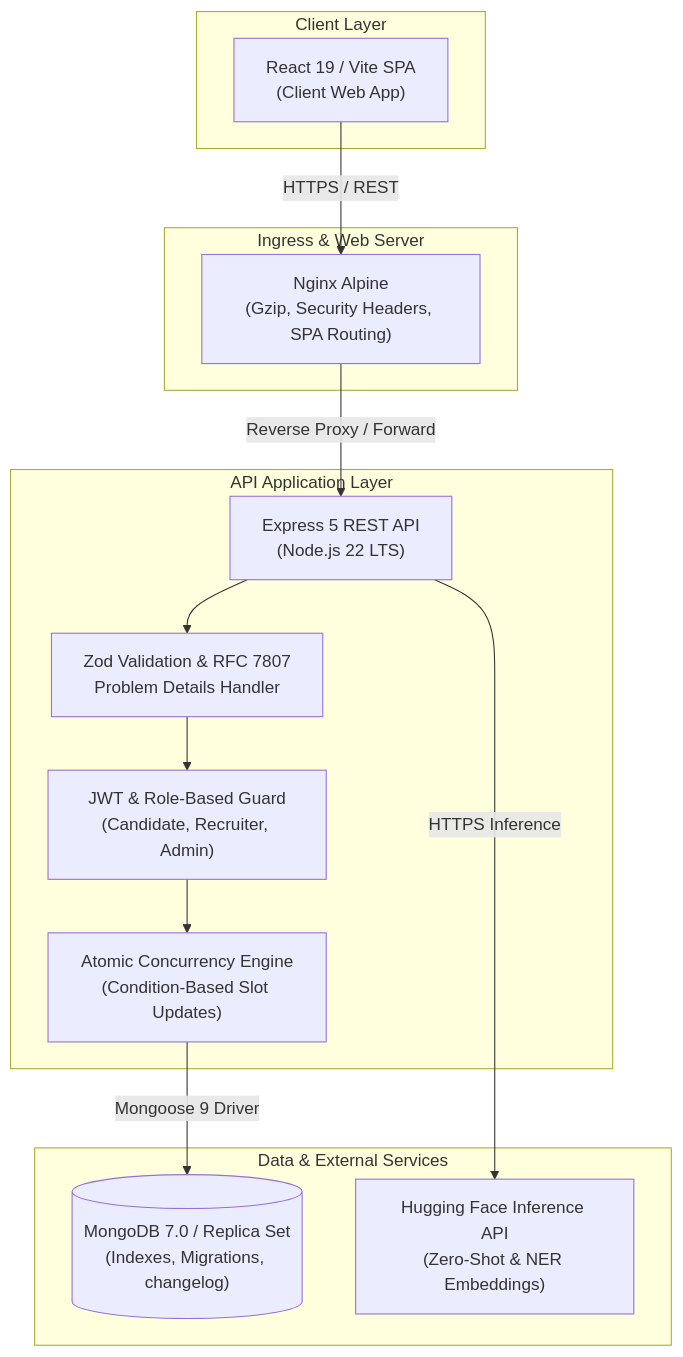
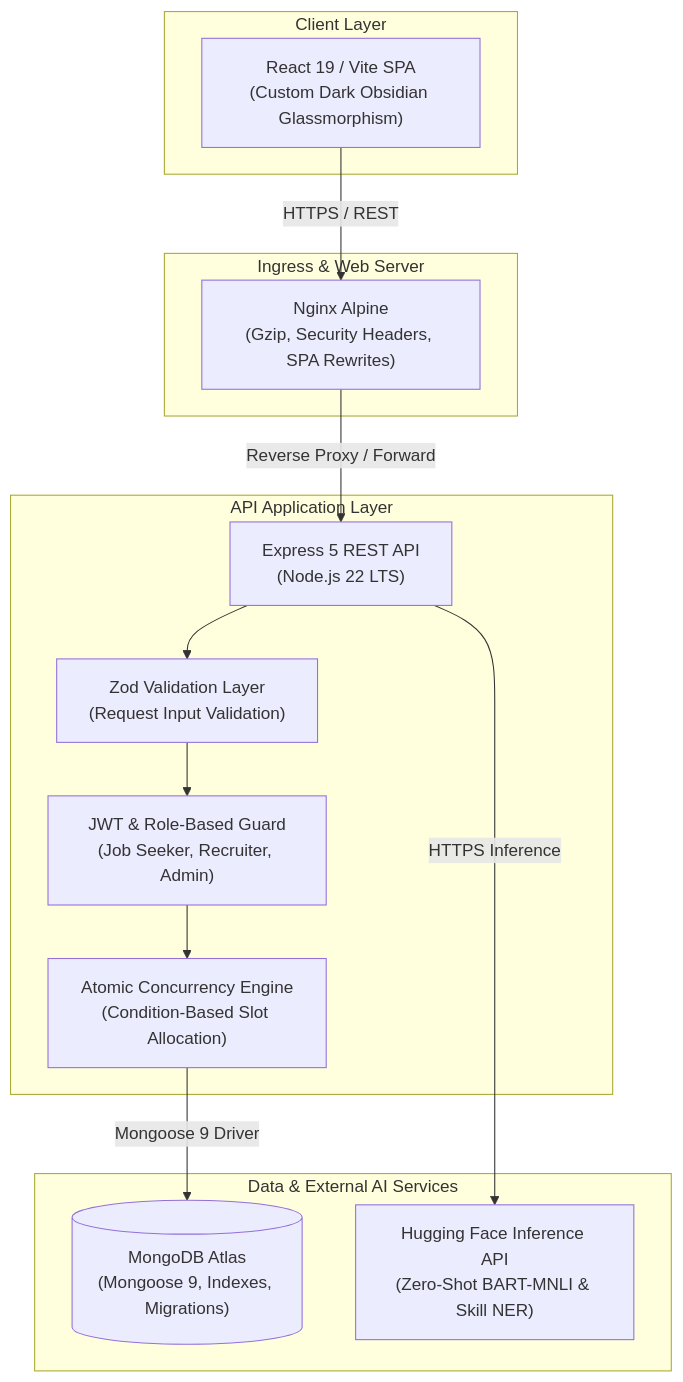
One commit to ziad7000/nexus changed the diagram in README.md. Above: the diagram before and after it, drawn with Mermaid. The commit also changed other lines of this file and 1 other file, not shown here.

Commit message:
docs: spotlight MERN stack, Hugging Face AI, and cloud telemetry for recruiters

````diff
--- a/README.md
+++ b/README.md
@@ -31,30 +31,30 @@
 ```mermaid
 flowchart TD
     subgraph Client Layer
-        SPA["React 19 / Vite SPA\n(Client Web App)"]
+        SPA["React 19 / Vite SPA\n(Custom Dark Obsidian Glassmorphism)"]
     end
 
     subgraph Ingress & Web Server
-        Nginx["Nginx Alpine\n(Gzip, Security Headers, SPA Routing)"]
+        Nginx["Nginx Alpine\n(Gzip, Security Headers, SPA Rewrites)"]
     end
 
     subgraph API Application Layer
         Express["Express 5 REST API\n(Node.js 22 LTS)"]
-        Zod["Zod Validation & RFC 7807\nProblem Details Handler"]
-        Auth["JWT & Role-Based Guard\n(Candidate, Recruiter, Admin)"]
-        Concurrency["Atomic Concurrency Engine\n(Condition-Based Slot Updates)"]
+        Zod["Zod Validation Layer\n(Request Input Validation)"]
+        Auth["JWT & Role-Based Guard\n(Job Seeker, Recruiter, Admin)"]
+        Concurrency["Atomic Concurrency Engine\n(Condition-Based Slot Allocation)"]
     end
 
-    subgraph Data & External Services
-        MongoDB[("MongoDB 7.0 / Replica Set\n(Indexes, Migrations, changelog)")]
-        HF["Hugging Face Inference API\n(Zero-Shot & NER Embeddings)"]
+    subgraph Data & External AI Services
+        MongoDB[("MongoDB Atlas\n(Mongoose 9, Indexes, Migrations)")]
+        HF["Hugging Face Inference API\n(Zero-Shot BART-MNLI & Skill NER)"]
     end
 
     SPA -->|HTTPS / REST| Nginx
     Nginx -->|Reverse Proxy / Forward| Express
     Express --> Zod
     Zod --> Auth
     Auth --> Concurrency
     Concurrency -->|Mongoose 9 Driver| MongoDB
     Express -->|HTTPS Inference| HF
 ```
````
